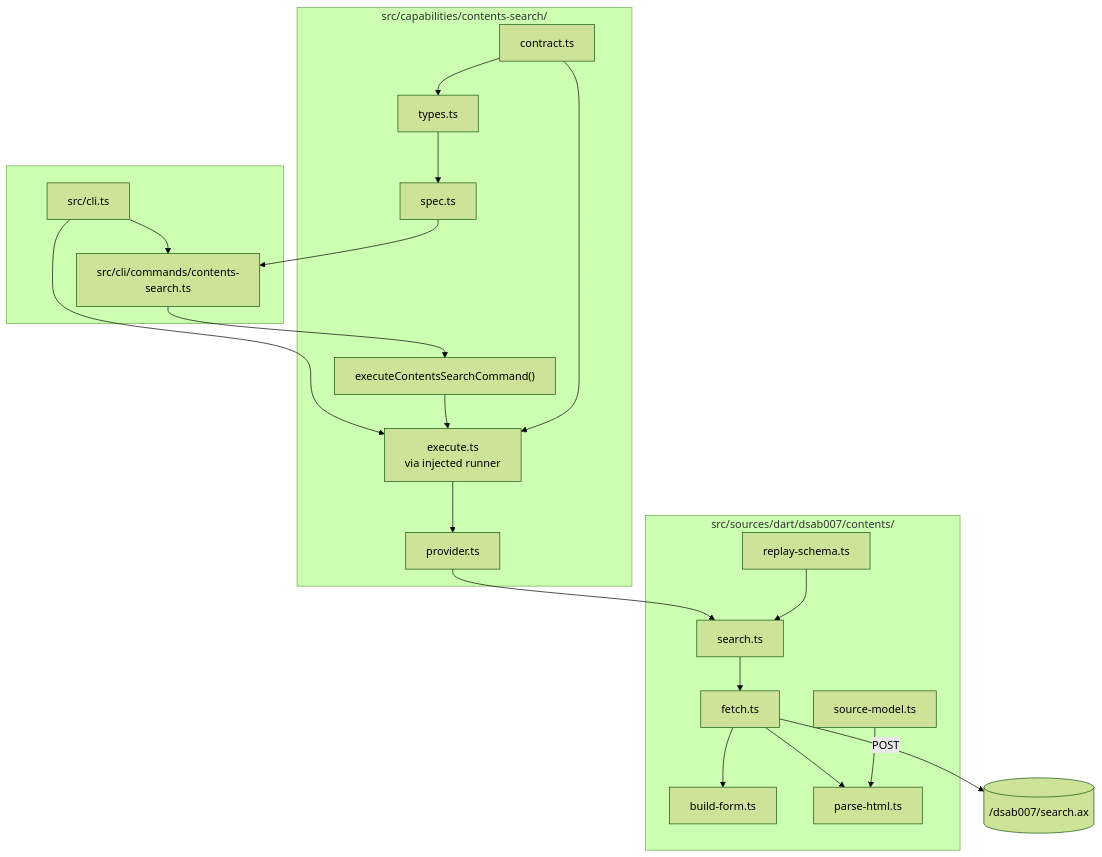
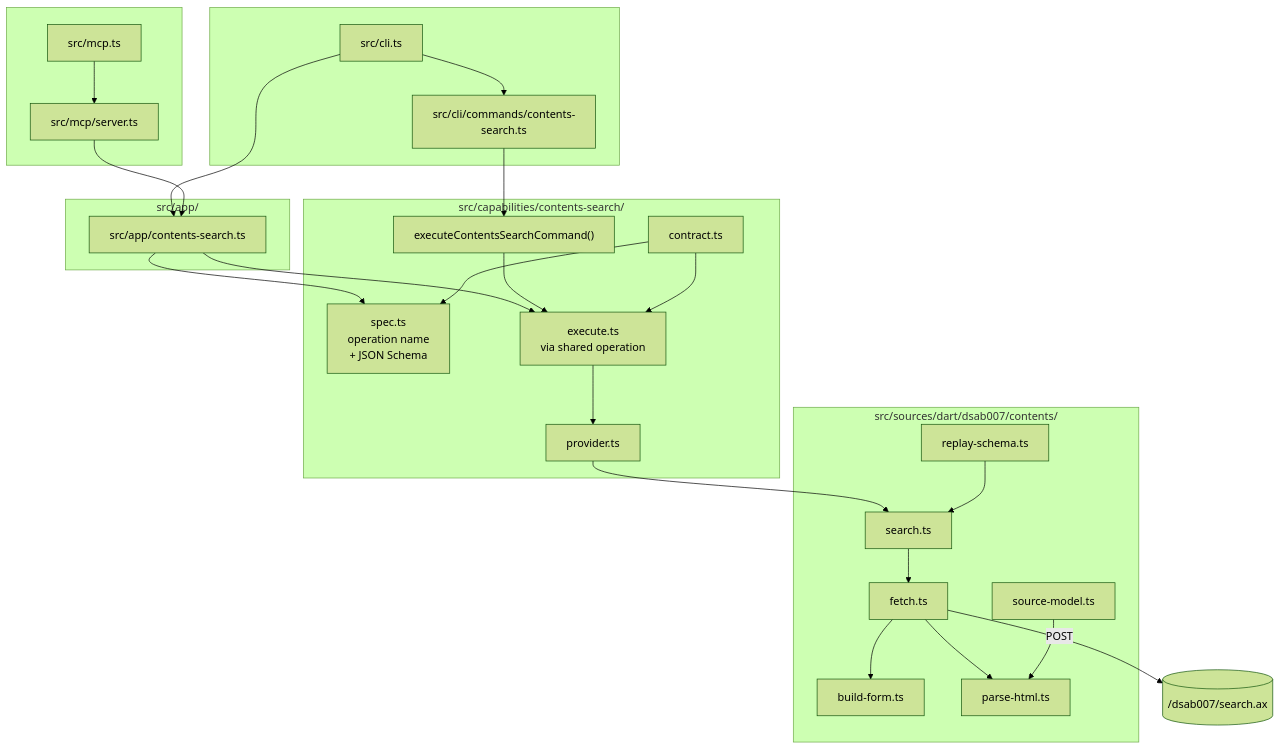
Before and after one commit to cpaikr/darty: the second of 6 diagrams in src/ARCHITECTURE.md, drawn with Mermaid (forest theme). The commit also changed other lines of this file and 15 other files, not shown here.

Commit message:
Refactor contents-search for CLI and MCP

````diff
--- a/src/ARCHITECTURE.md
+++ b/src/ARCHITECTURE.md
@@ -54,43 +58,51 @@
 ```mermaid
 graph TD
     CLI_TS["src/cli.ts"] --> CMD["src/cli/commands/contents-search.ts"]
+    MCP_TS["src/mcp.ts"] --> MCP_SRV["src/mcp/server.ts"]
     CMD --> RUN["executeContentsSearchCommand()"]
-    CLI_TS --> EXEC["execute.ts\nvia injected runner"]
+    CLI_TS --> APP["src/app/contents-search.ts"]
+    MCP_SRV --> APP
+    APP --> SPEC["spec.ts\noperation name\n+ JSON Schema"]
+    APP --> EXEC["execute.ts\nvia shared operation"]
     RUN --> EXEC
     EXEC --> PROV["provider.ts"]
     PROV --> SEARCH["search.ts"]
     SEARCH --> FETCH["fetch.ts"]
     FETCH --> FORM["build-form.ts"]
     FETCH --> PARSE["parse-html.ts"]
 
     CONTRACT["contract.ts"] --> EXEC
-    SPEC["spec.ts"] --> CMD
-    TYPES["types.ts"] --> SPEC
-    CONTRACT --> TYPES
+    CONTRACT --> SPEC
 
     REPLAY["replay-schema.ts"] --> SEARCH
     MODEL["source-model.ts"] --> PARSE
 
     FETCH -->|POST| DART[("/dsab007/search.ax")]
 
     subgraph cli [" "]
         CLI_TS
         CMD
     end
+    subgraph mcp [" "]
+        MCP_TS
+        MCP_SRV
+    end
+    subgraph app ["src/app/"]
+        APP
+    end
     subgraph cap ["src/capabilities/contents-search/"]
         CONTRACT
-        TYPES
         SPEC
         EXEC
         PROV
         RUN
     end
     subgraph src ["src/sources/dart/dsab007/contents/"]
         SEARCH
         FETCH
         FORM
         PARSE
         REPLAY
         MODEL
     end
 ```
````
